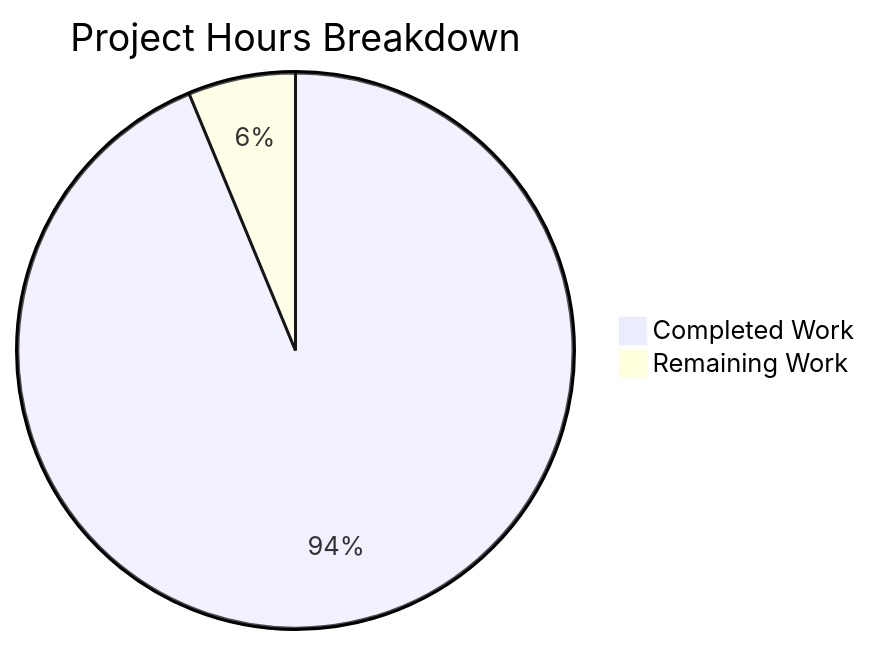
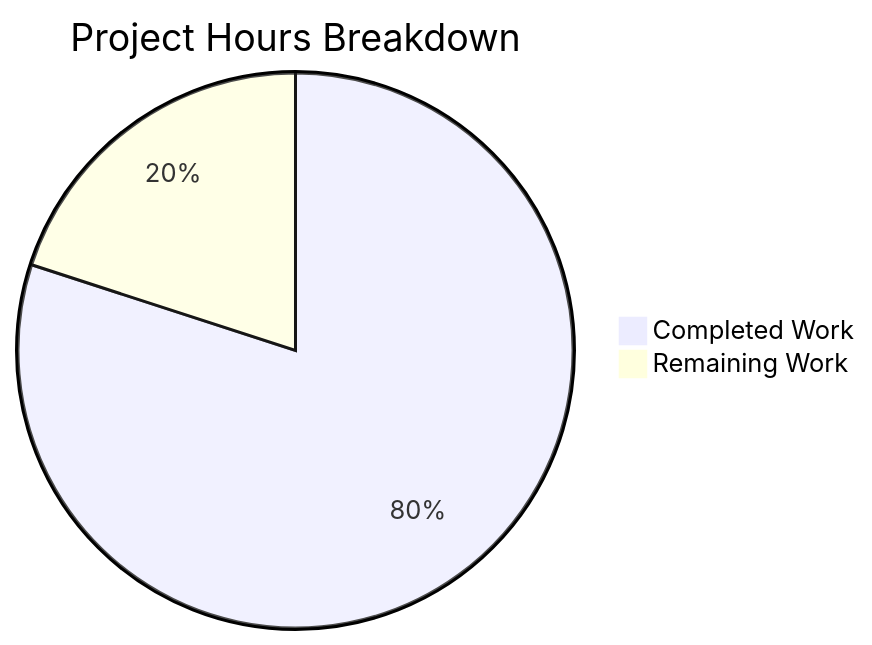
Before and after one commit to sudhanshu-spec/test-spec: the diagram in blitzy/documentation/Project Guide.md, drawn with Mermaid. The commit also changed other lines of this file, not shown here.

````diff
--- a/blitzy/documentation/Project Guide.md
+++ b/blitzy/documentation/Project Guide.md
@@ -30,5 +52,5 @@
 ```mermaid
 pie title Project Hours Breakdown
-    "Completed Work" : 15
+    "Completed Work" : 4
     "Remaining Work" : 1
 ```
````
